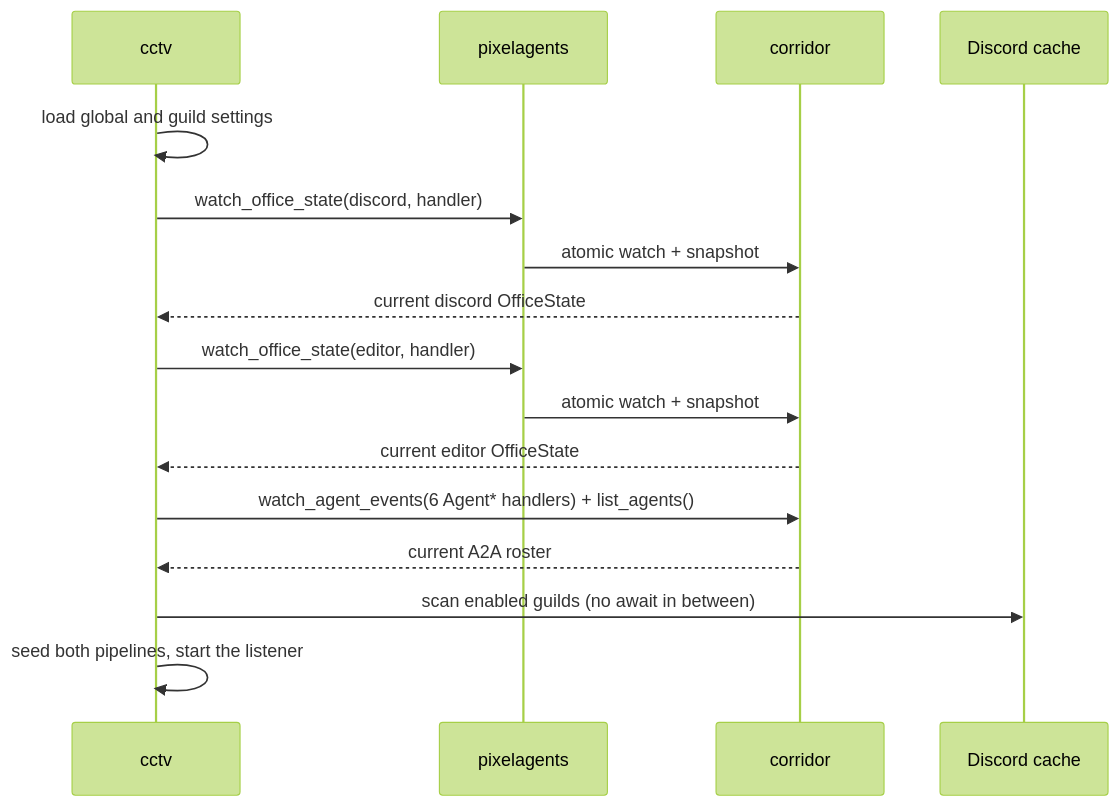
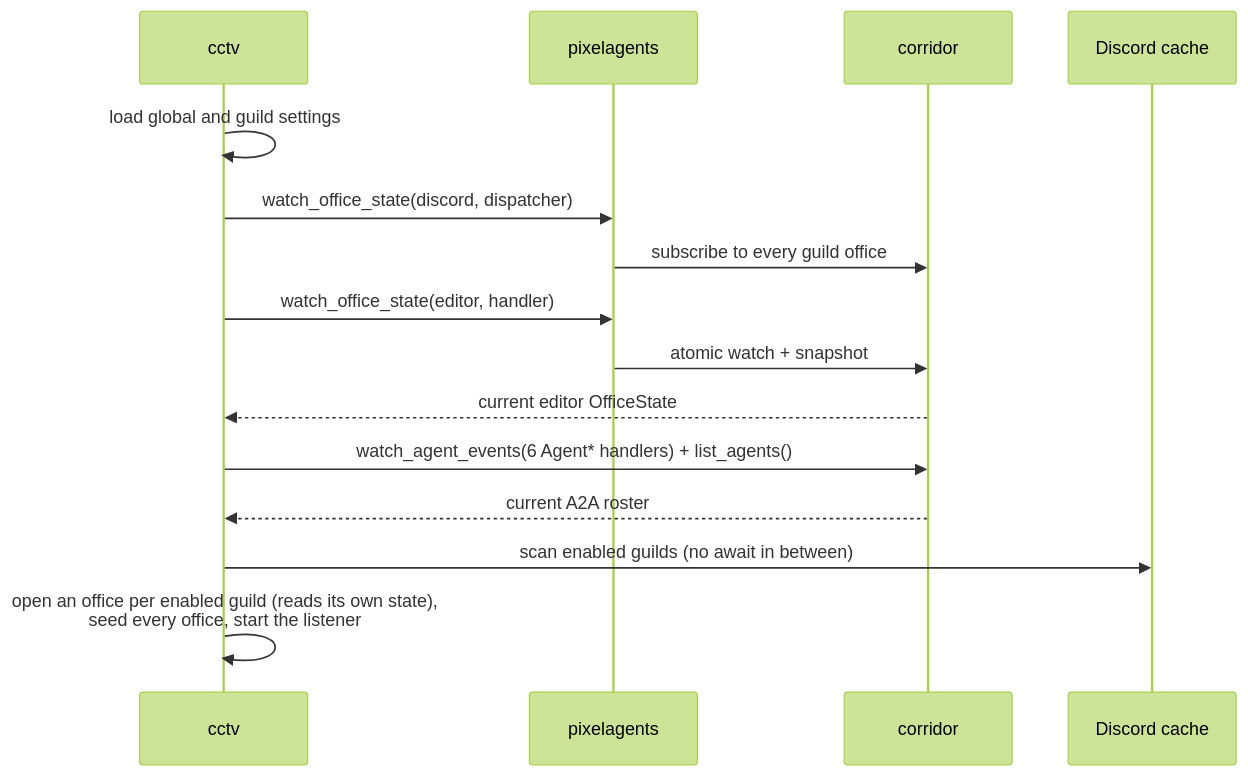
One commit to pixel-agents-hq/pixel-agents-cogs changed the second of 3 diagrams in cctv/Architecture.md. Above: the diagram before and after it, drawn with Mermaid (forest theme). The commit also changed other lines of this file and 74 other files, not shown here.

First line of the commit message:
feat(cctv,corridor,pixelagents,floorplan): one Pixel Agents office per Discord server (#107)

````diff
--- a/cctv/Architecture.md
+++ b/cctv/Architecture.md
@@ -61,19 +62,18 @@
 ```mermaid
 sequenceDiagram
     participant C as cctv
     participant P as pixelagents
     participant R as corridor
     participant D as Discord cache
 
     C->>C: load global and guild settings
-    C->>P: watch_office_state(discord, handler)
-    P->>R: atomic watch + snapshot
-    R-->>C: current discord OfficeState
+    C->>P: watch_office_state(discord, dispatcher)
+    P->>R: subscribe to every guild office
     C->>P: watch_office_state(editor, handler)
     P->>R: atomic watch + snapshot
     R-->>C: current editor OfficeState
     C->>R: watch_agent_events(6 Agent* handlers) + list_agents()
     R-->>C: current A2A roster
     C->>D: scan enabled guilds (no await in between)
-    C->>C: seed both pipelines, start the listener
+    C->>C: open an office per enabled guild (reads its own state),<br/>seed every office, start the listener
 ```
````
